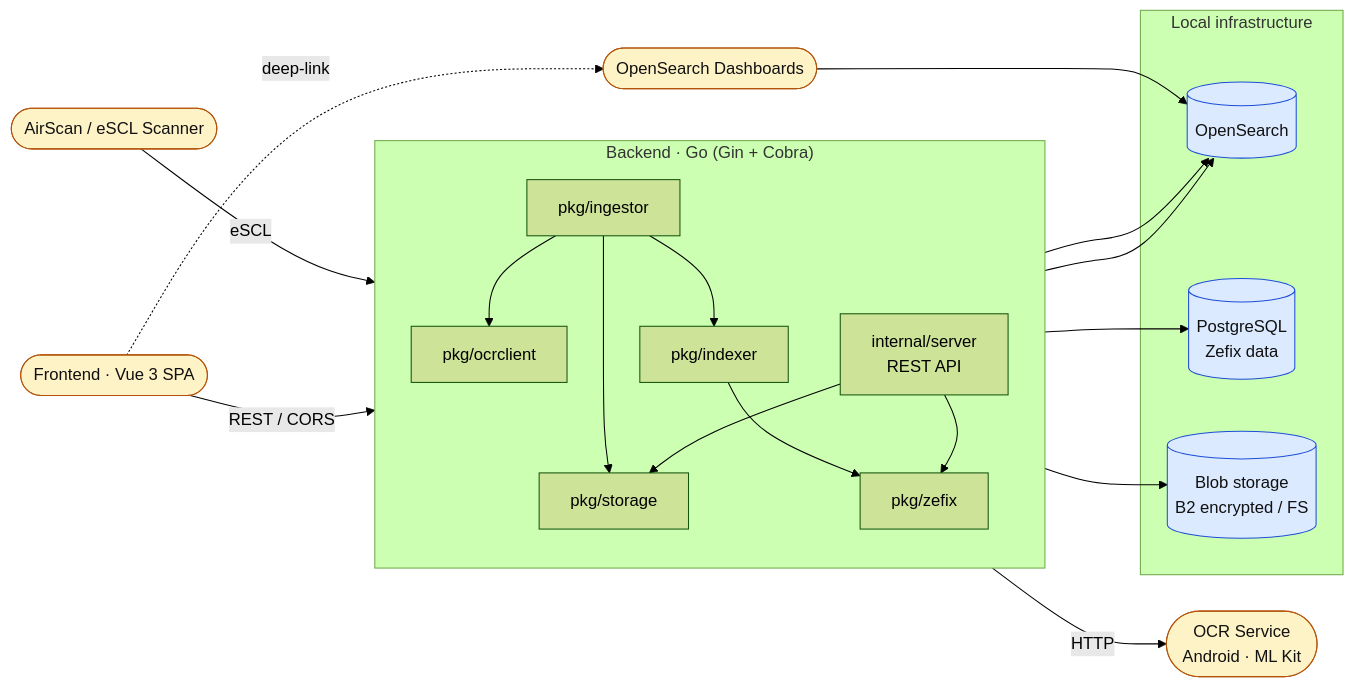
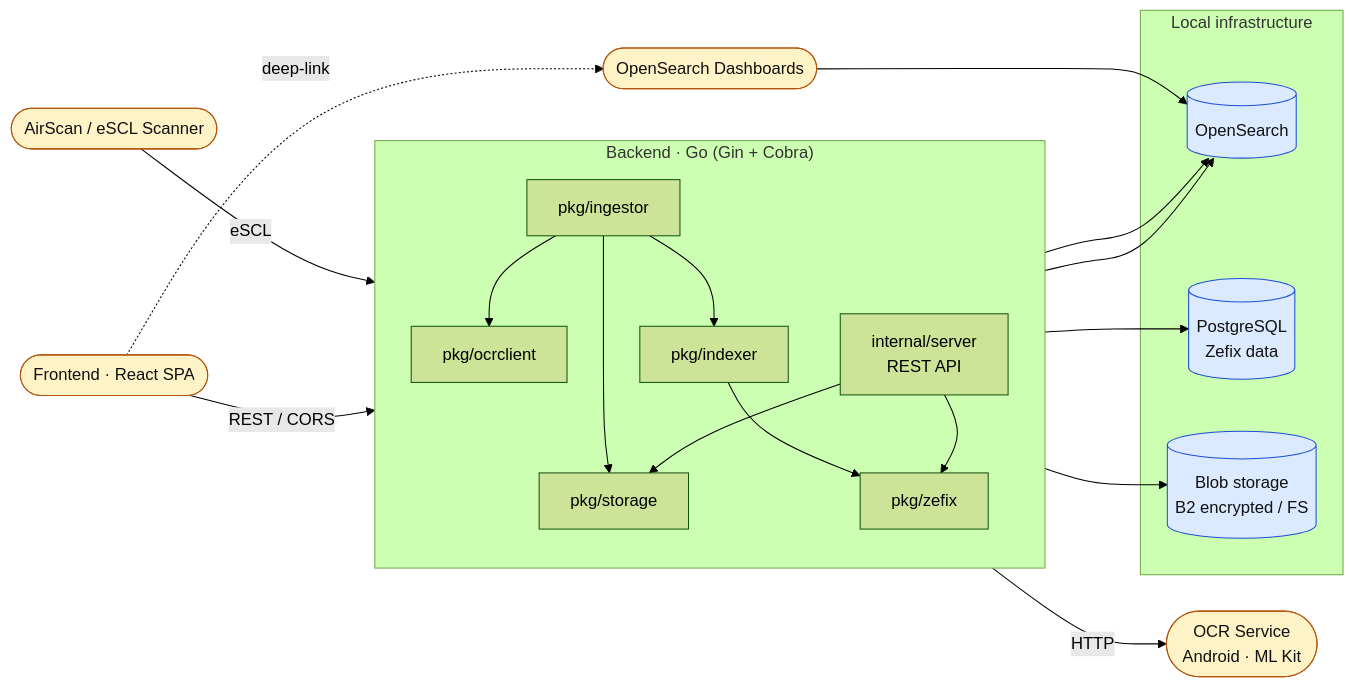
One commit to denysvitali/odi changed the diagram in README.md. Above: the diagram before and after it, drawn with Mermaid (forest theme). The commit also changed other lines of this file and 219 other files, not shown here.

First line of the commit message:
feat(frontend): rewrite UI in React + Mantine, de-cluttered

````diff
--- a/README.md
+++ b/README.md
@@ -12,42 +12,42 @@
 ```mermaid
 flowchart LR
     Scanner([AirScan / eSCL Scanner])
     OCRSrv([OCR Service<br/>Android · ML Kit])
 
     subgraph Backend["Backend · Go (Gin + Cobra)"]
         direction TB
         ING[pkg/ingestor]
         IDX[pkg/indexer]
         OCRC[pkg/ocrclient]
         STOR[pkg/storage]
         ZFX[pkg/zefix]
         API[internal/server<br/>REST API]
     end
 
     subgraph Data["Local infrastructure"]
         OS[("OpenSearch")]
         PG[("PostgreSQL<br/>Zefix data")]
         BLOB[("Blob storage<br/>B2 encrypted / FS")]
     end
 
-    SPA([Frontend · Vue 3 SPA])
+    SPA([Frontend · React SPA])
     OSD([OpenSearch Dashboards])
 
     Scanner -- eSCL --> ING
     ING --> OCRC -- HTTP --> OCRSrv
     ING --> IDX --> OS
     ING --> STOR --> BLOB
     IDX --> ZFX --> PG
 
     SPA -- REST / CORS --> API
     API --> OS
     API --> STOR
     API --> ZFX
     SPA -. deep-link .-> OSD
     OSD --> OS
 
     classDef external fill:#fef3c7,stroke:#b45309,color:#111
     classDef store fill:#dbeafe,stroke:#1d4ed8,color:#111
     class Scanner,OCRSrv,OSD,SPA external
     class OS,PG,BLOB store
 ```
````
